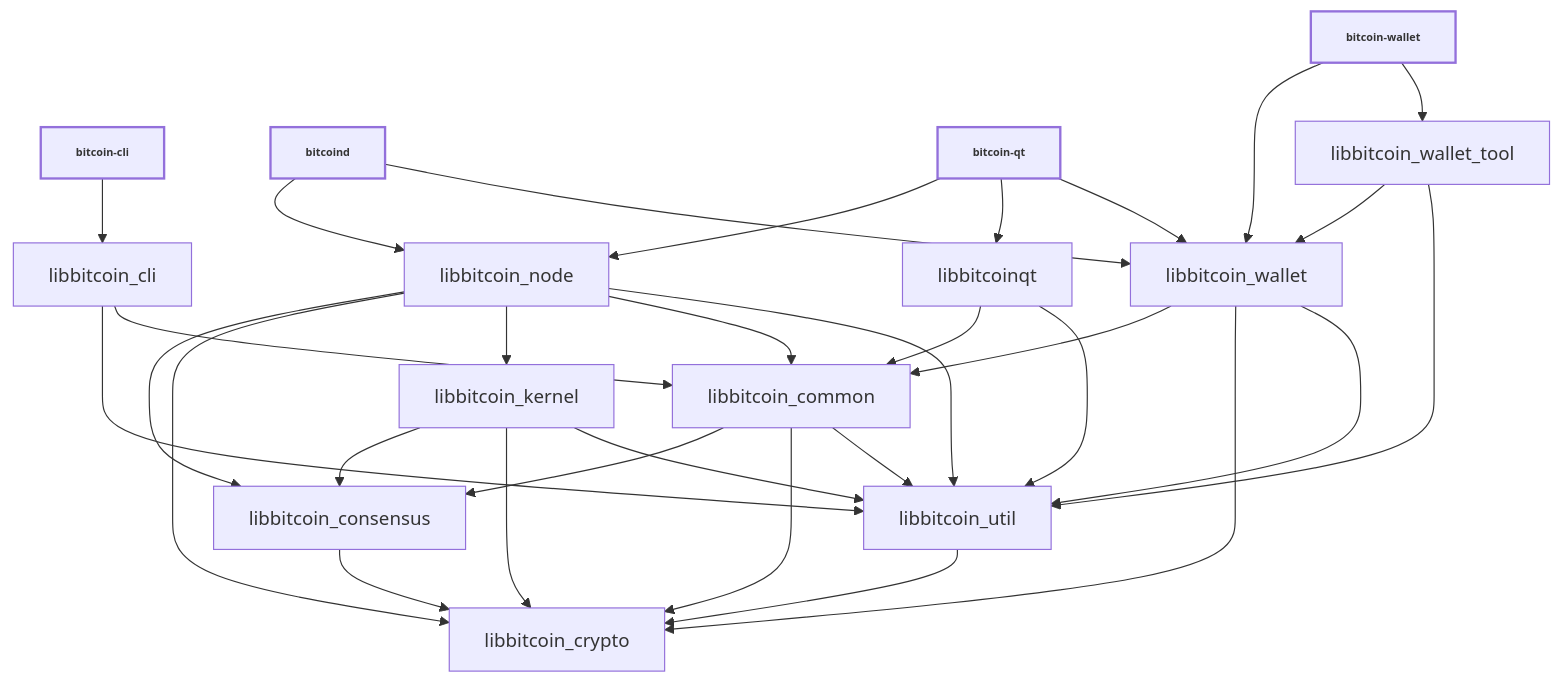
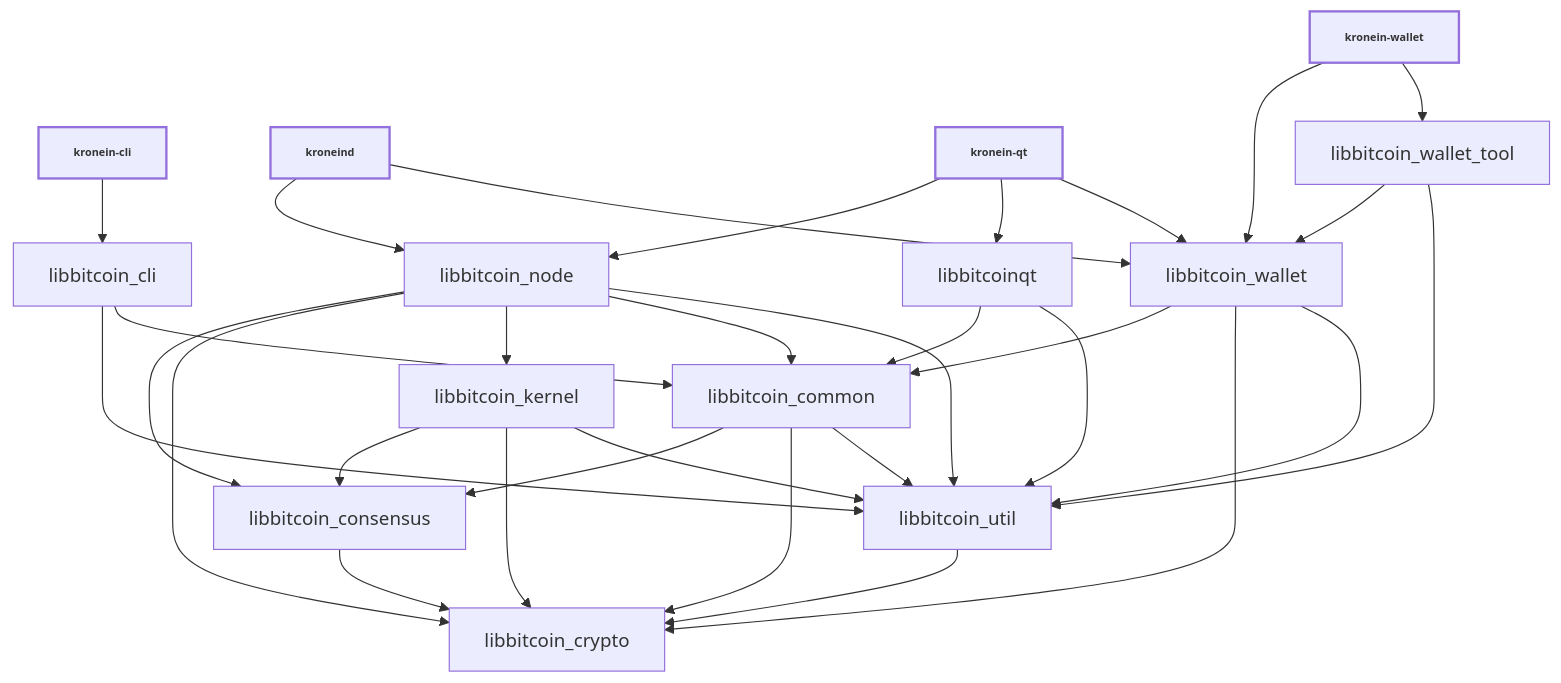
Before and after one commit to marcofortina/kronein: the diagram in doc/design/libraries.md, drawn with Mermaid. The commit also changed other lines of this file and 64 other files, not shown here.

````diff
--- a/doc/design/libraries.md
+++ b/doc/design/libraries.md
@@ -36,52 +36,52 @@
 ```mermaid
 
 %%{ init : { "flowchart" : { "curve" : "basis" }}}%%
 
 graph TD;
 
-bitcoin-cli[bitcoin-cli]-->libbitcoin_cli;
+kronein-cli[kronein-cli]-->libbitcoin_cli;
 
-bitcoind[bitcoind]-->libbitcoin_node;
-bitcoind[bitcoind]-->libbitcoin_wallet;
+kroneind[kroneind]-->libbitcoin_node;
+kroneind[kroneind]-->libbitcoin_wallet;
 
-bitcoin-qt[bitcoin-qt]-->libbitcoin_node;
-bitcoin-qt[bitcoin-qt]-->libbitcoinqt;
-bitcoin-qt[bitcoin-qt]-->libbitcoin_wallet;
+kronein-qt[kronein-qt]-->libbitcoin_node;
+kronein-qt[kronein-qt]-->libbitcoinqt;
+kronein-qt[kronein-qt]-->libbitcoin_wallet;
 
-bitcoin-wallet[bitcoin-wallet]-->libbitcoin_wallet;
-bitcoin-wallet[bitcoin-wallet]-->libbitcoin_wallet_tool;
+kronein-wallet[kronein-wallet]-->libbitcoin_wallet;
+kronein-wallet[kronein-wallet]-->libbitcoin_wallet_tool;
 
 libbitcoin_cli-->libbitcoin_util;
 libbitcoin_cli-->libbitcoin_common;
 
 libbitcoin_consensus-->libbitcoin_crypto;
 
 libbitcoin_common-->libbitcoin_consensus;
 libbitcoin_common-->libbitcoin_crypto;
 libbitcoin_common-->libbitcoin_util;
 
 libbitcoin_kernel-->libbitcoin_consensus;
 libbitcoin_kernel-->libbitcoin_crypto;
 libbitcoin_kernel-->libbitcoin_util;
 
 libbitcoin_node-->libbitcoin_consensus;
 libbitcoin_node-->libbitcoin_crypto;
 libbitcoin_node-->libbitcoin_kernel;
 libbitcoin_node-->libbitcoin_common;
 libbitcoin_node-->libbitcoin_util;
 
 libbitcoinqt-->libbitcoin_common;
 libbitcoinqt-->libbitcoin_util;
 
 libbitcoin_util-->libbitcoin_crypto;
 
 libbitcoin_wallet-->libbitcoin_common;
 libbitcoin_wallet-->libbitcoin_crypto;
 libbitcoin_wallet-->libbitcoin_util;
 
 libbitcoin_wallet_tool-->libbitcoin_wallet;
 libbitcoin_wallet_tool-->libbitcoin_util;
 
 classDef bold stroke-width:2px, font-weight:bold, font-size: smaller;
-class bitcoin-qt,bitcoind,bitcoin-cli,bitcoin-wallet bold
+class kronein-qt,kroneind,kronein-cli,kronein-wallet bold
 ```
````
